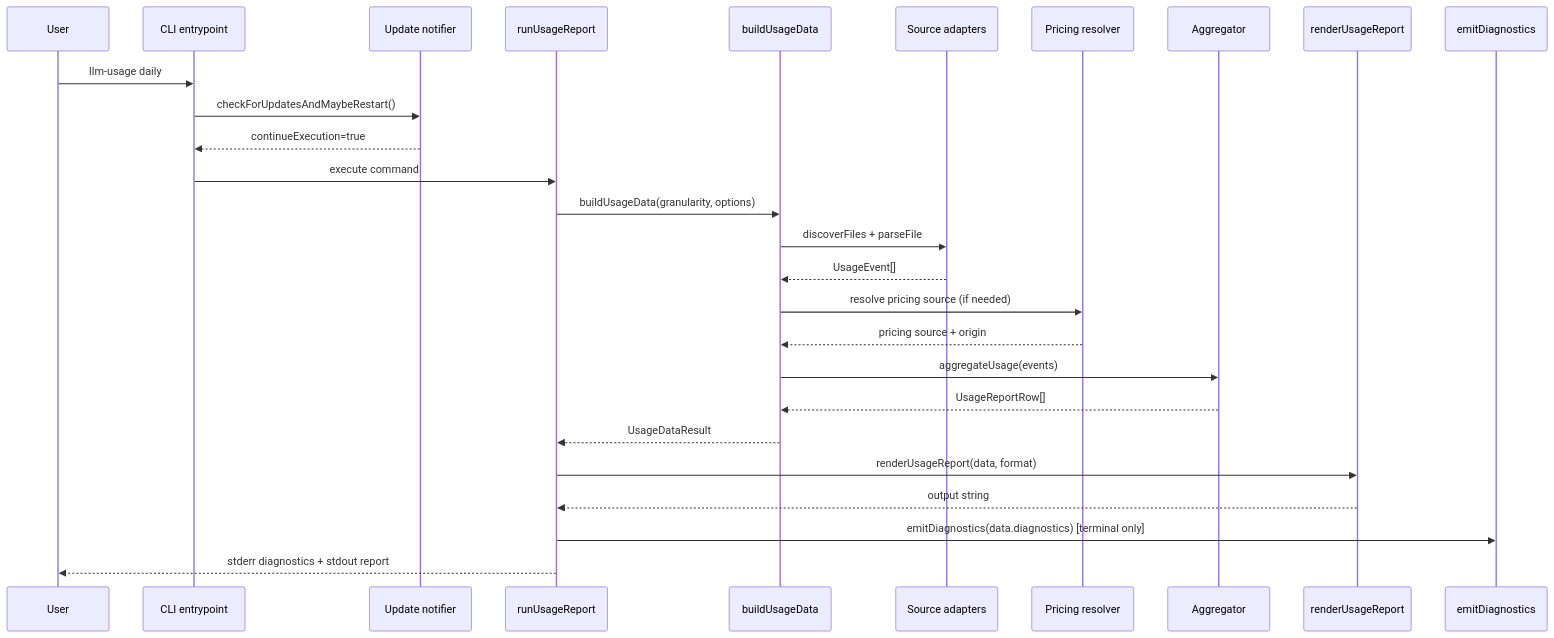
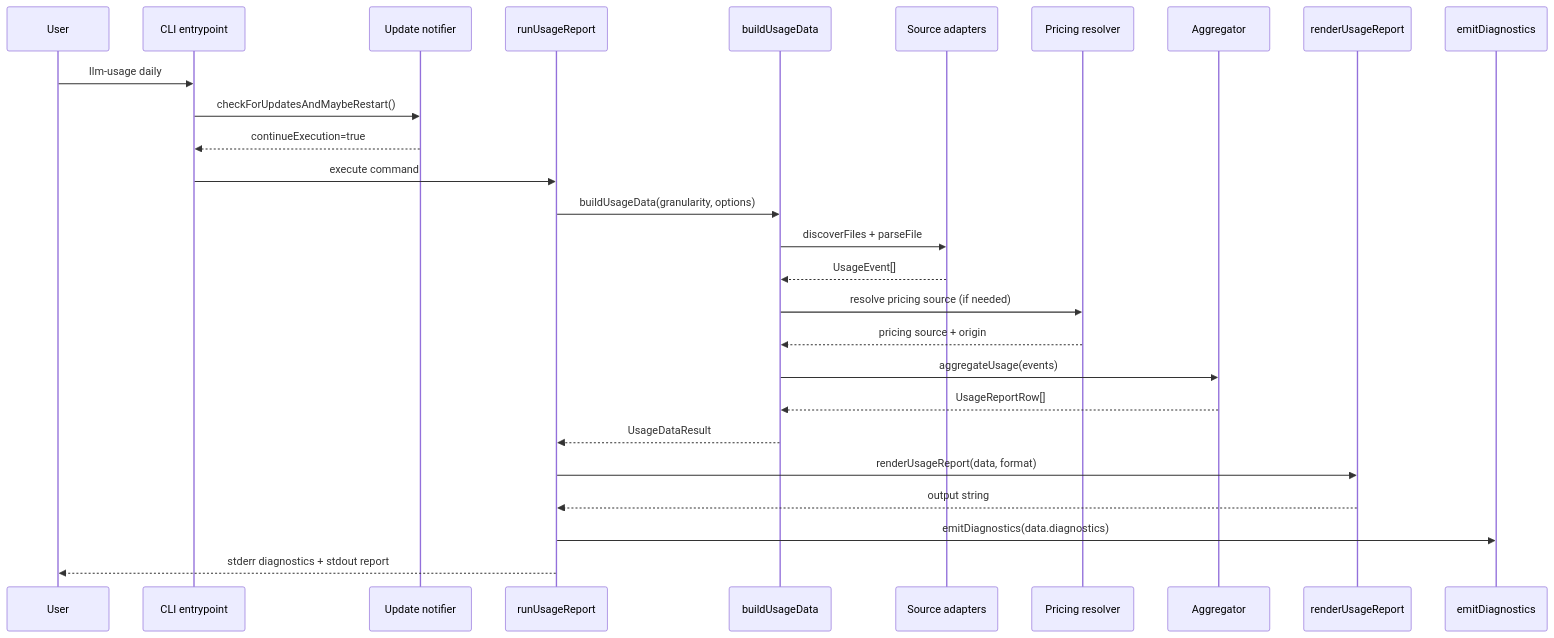
One commit to ben-vargas/ai-llm-usage-metrics changed the second of 3 diagrams in docs/architecture.md. Above: the diagram before and after it, drawn with Mermaid. The commit also changed other lines of this file and 4 other files, not shown here.

````diff
--- a/docs/architecture.md
+++ b/docs/architecture.md
@@ -38,30 +36,30 @@
 ```mermaid
 sequenceDiagram
     participant User
     participant Entry as CLI entrypoint
     participant UP as Update notifier
     participant CLI as runUsageReport
     participant BLD as buildUsageData
     participant ADP as Source adapters
     participant PR as Pricing resolver
     participant AG as Aggregator
     participant REN as renderUsageReport
     participant EM as emitDiagnostics
 
     User->>Entry: llm-usage daily
     Entry->>UP: checkForUpdatesAndMaybeRestart()
     UP-->>Entry: continueExecution=true
     Entry->>CLI: execute command
     CLI->>BLD: buildUsageData(granularity, options)
     BLD->>ADP: discoverFiles + parseFile
     ADP-->>BLD: UsageEvent[]
     BLD->>PR: resolve pricing source (if needed)
     PR-->>BLD: pricing source + origin
     BLD->>AG: aggregateUsage(events)
     AG-->>BLD: UsageReportRow[]
     BLD-->>CLI: UsageDataResult
     CLI->>REN: renderUsageReport(data, format)
     REN-->>CLI: output string
-    CLI->>EM: emitDiagnostics(data.diagnostics) [terminal only]
+    CLI->>EM: emitDiagnostics(data.diagnostics)
     CLI-->>User: stderr diagnostics + stdout report
 ```
````
